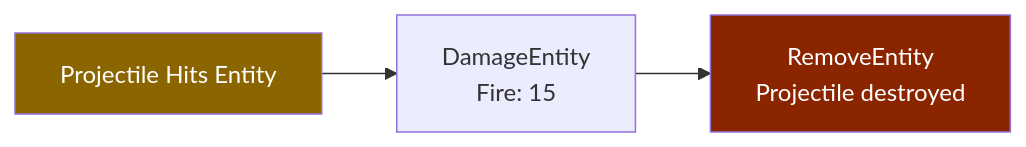
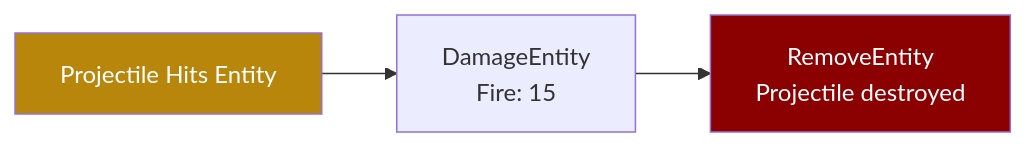
The second of 3 diagrams in src/content/docs/es/reference/concepts/interaction-chaining.md (nevesb/hytale-modding-docs), drawn with Mermaid before and after one commit. The commit also changed other lines of this file and 34 other files, not shown here.

````diff
--- a/src/content/docs/es/reference/concepts/interaction-chaining.md
+++ b/src/content/docs/es/reference/concepts/interaction-chaining.md
@@ -27,8 +27,8 @@
 ```mermaid
-flowchart LR
-    A[Projectile Hits Entity] --> B["DamageEntity<br/>Fire: 15"]
-    B --> C["RemoveEntity<br/>Projectile destroyed"]
+flowchart LR;
+    A[Projectile Hits Entity] --> B["DamageEntity<br>Fire: 15"]
+    B --> C["RemoveEntity<br>Projectile destroyed"]
 
-    style A fill:#8b6500,color:#fff
-    style C fill:#8b2500,color:#fff
+    style A fill:darkgoldenrod,color:white
+    style C fill:darkred,color:white
 ```
````
